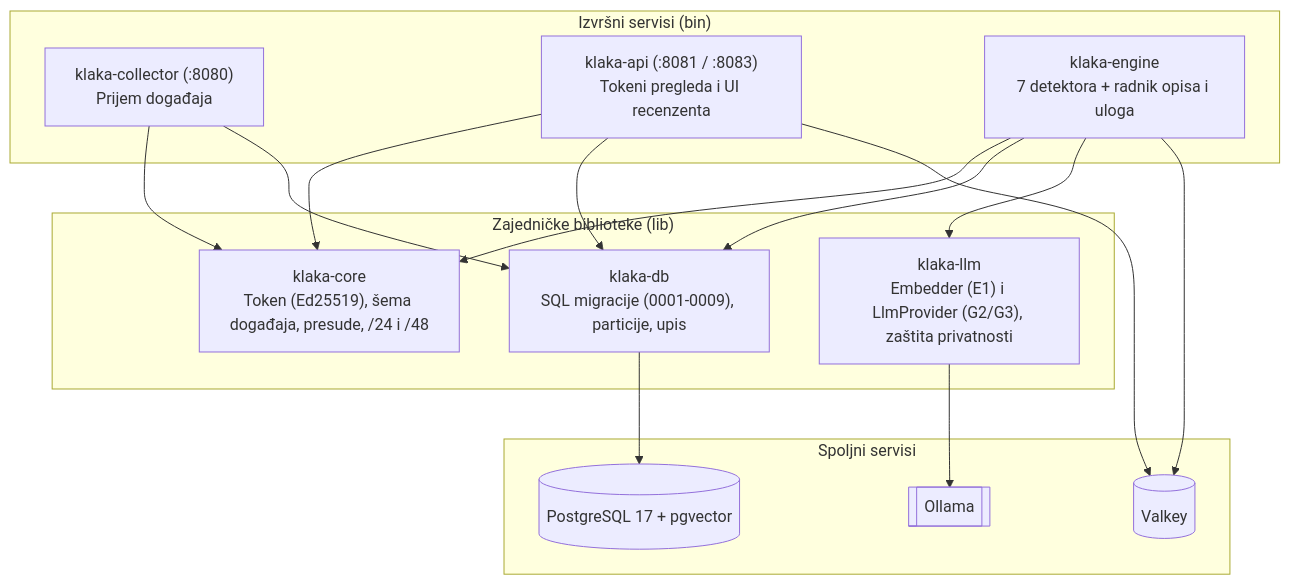
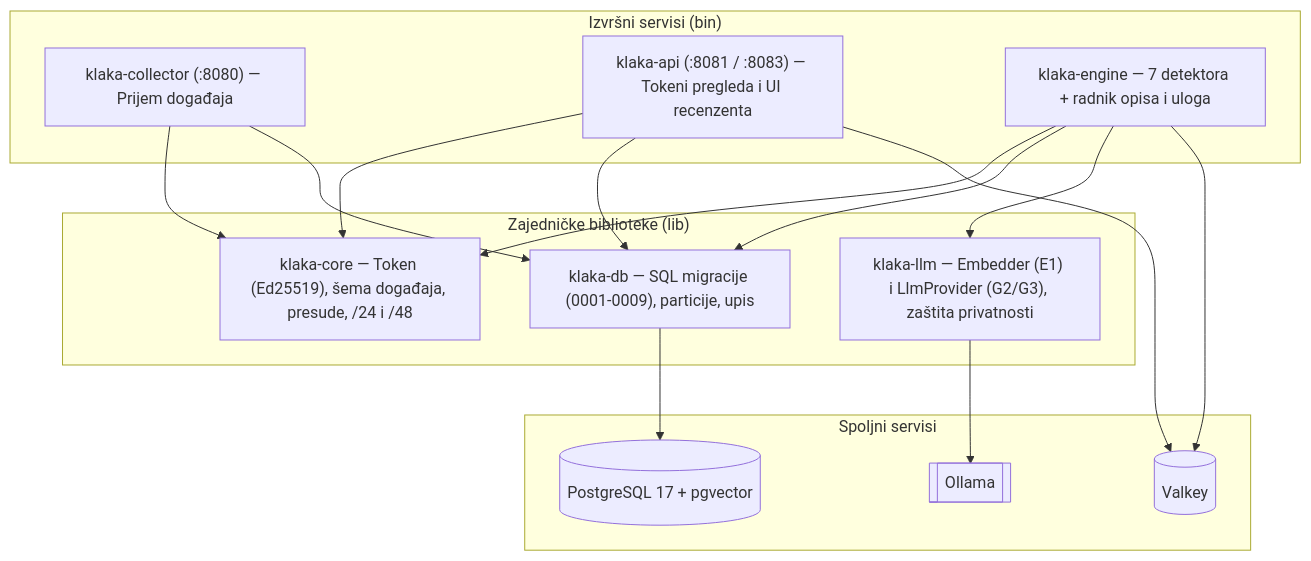
Before and after one commit to opii/Klaka: the diagram in core/README.md, drawn with Mermaid. The commit also changed 2 other files, not shown here.

Commit message:
fix(docs): ispravka tačka-zareza u Mermaid sequenceDiagram-u

````diff
--- a/core/README.md
+++ b/core/README.md
@@ -11,28 +11,28 @@
 ```mermaid
 flowchart TB
     subgraph Bins["Izvršni servisi (bin)"]
-        COL["klaka-collector (:8080)\nPrijem događaja"]
-        API["klaka-api (:8081 / :8083)\nTokeni pregleda i UI recenzenta"]
-        ENG["klaka-engine\n7 detektora + radnik opisa i uloga"]
+        COL["klaka-collector (:8080) — Prijem događaja"]
+        API["klaka-api (:8081 / :8083) — Tokeni pregleda i UI recenzenta"]
+        ENG["klaka-engine — 7 detektora + radnik opisa i uloga"]
     end
 
     subgraph Libs["Zajedničke biblioteke (lib)"]
-        CORE["klaka-core\nToken (Ed25519), šema događaja, presude, /24 i /48"]
-        DB["klaka-db\nSQL migracije (0001-0009), particije, upis"]
-        LLM["klaka-llm\nEmbedder (E1) i LlmProvider (G2/G3), zaštita privatnosti"]
+        CORE["klaka-core — Token (Ed25519), šema događaja, presude, /24 i /48"]
+        DB["klaka-db — SQL migracije (0001-0009), particije, upis"]
+        LLM["klaka-llm — Embedder (E1) i LlmProvider (G2/G3), zaštita privatnosti"]
     end
 
     subgraph Services["Spoljni servisi"]
         PG[("PostgreSQL 17 + pgvector")]
         VK[("Valkey")]
         OL[["Ollama"]]
     end
 
     COL --> CORE & DB
     API --> CORE & DB
     ENG --> CORE & DB & LLM
     DB --> PG
     API --> VK
     ENG --> VK
     LLM --> OL
 ```
````
